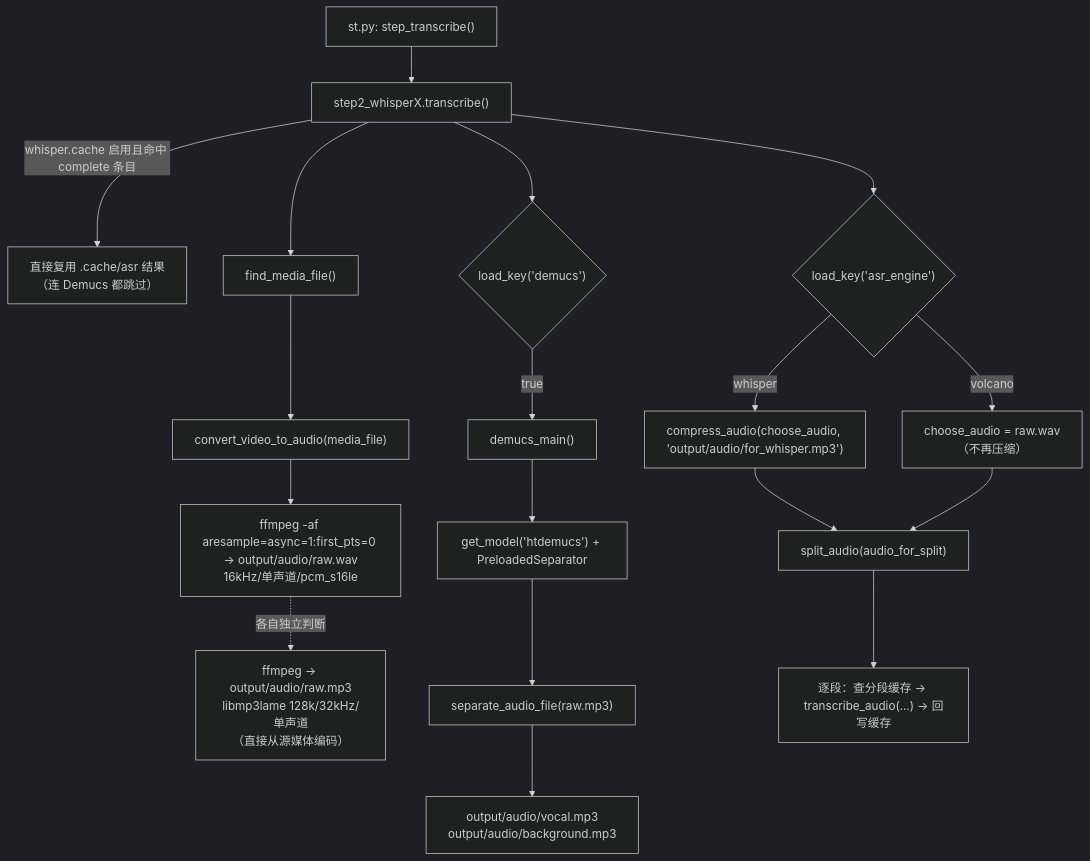
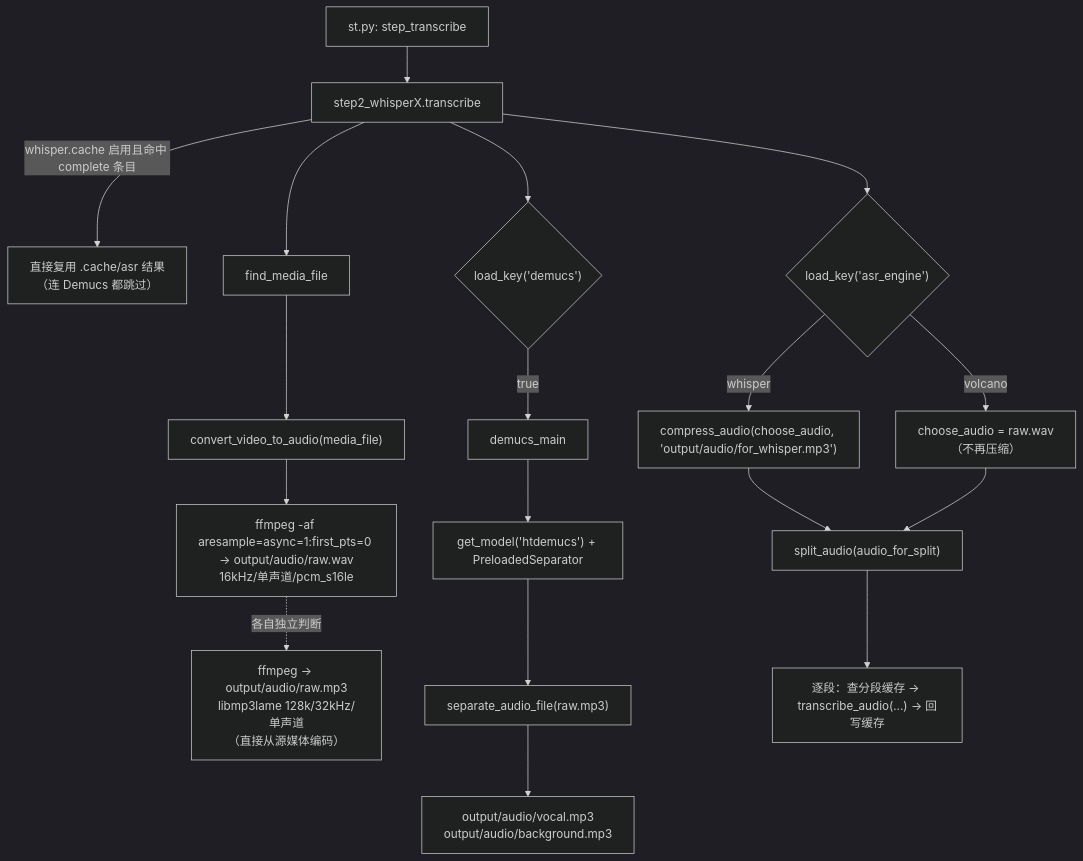
One commit to Brzjomo/VideoLingoMove changed the second of 2 diagrams in devdocs/02-pipeline/01-下载与音频提取.md. Above: the diagram before and after it, drawn with Mermaid (dark theme). The commit also changed other lines of this file and 33 other files, not shown here.

````diff
--- a/devdocs/02-pipeline/01-下载与音频提取.md
+++ b/devdocs/02-pipeline/01-下载与音频提取.md
@@ -68,20 +68,20 @@
 ```mermaid
 flowchart TD
-    A["st.py: step_transcribe()"] --> B["step2_whisperX.transcribe()"]
-    B -->|"whisper.cache 启用且命中 complete 条目"| Z0["直接复用 .cache/asr 结果<br/>（连 Demucs 都跳过）"]
-    B --> C["find_media_file()"]
-    C --> D["convert_video_to_audio(media_file)"]
-    D --> D1["ffmpeg -af aresample=async=1:first_pts=0 → output/audio/raw.wav<br/>16kHz/单声道/pcm_s16le"]
-    D1 -.->|"各自独立判断"| D2["ffmpeg → output/audio/raw.mp3<br/>libmp3lame 128k/32kHz/单声道<br/>（直接从源媒体编码）"]
-    B --> E{"load_key('demucs')"}
-    E -->|"true"| F["demucs_main()"]
-    F --> F1["get_model('htdemucs') + PreloadedSeparator"]
-    F1 --> F2["separate_audio_file(raw.mp3)"]
-    F2 --> F3["output/audio/vocal.mp3<br/>output/audio/background.mp3"]
-    B --> G{"load_key('asr_engine')"}
-    G -->|"whisper"| H["compress_audio(choose_audio, 'output/audio/for_whisper.mp3')"]
-    G -->|"volcano"| I["choose_audio = raw.wav<br/>（不再压缩）"]
-    H --> J["split_audio(audio_for_split)"]
-    I --> J
-    J --> K["逐段：查分段缓存 → transcribe_audio(...) → 回写缓存"]
+ A["st.py: step_transcribe"] --> B["step2_whisperX.transcribe"]
+ B -->|"whisper.cache 启用且命中 complete 条目"| Z0["直接复用 .cache/asr 结果<br/>（连 Demucs 都跳过）"]
+ B --> C["find_media_file"]
+ C --> D["convert_video_to_audio(media_file)"]
+ D --> D1["ffmpeg -af aresample=async=1:first_pts=0 → output/audio/raw.wav<br/>16kHz/单声道/pcm_s16le"]
+ D1 -.->|"各自独立判断"| D2["ffmpeg → output/audio/raw.mp3<br/>libmp3lame 128k/32kHz/单声道<br/>（直接从源媒体编码）"]
+ B --> E{"load_key('demucs')"}
+ E -->|"true"| F["demucs_main"]
+ F --> F1["get_model('htdemucs') + PreloadedSeparator"]
+ F1 --> F2["separate_audio_file(raw.mp3)"]
+ F2 --> F3["output/audio/vocal.mp3<br/>output/audio/background.mp3"]
+ B --> G{"load_key('asr_engine')"}
+ G -->|"whisper"| H["compress_audio(choose_audio, 'output/audio/for_whisper.mp3')"]
+ G -->|"volcano"| I["choose_audio = raw.wav<br/>（不再压缩）"]
+ H --> J["split_audio(audio_for_split)"]
+ I --> J
+ J --> K["逐段：查分段缓存 → transcribe_audio(...) → 回写缓存"]
 ```
````
